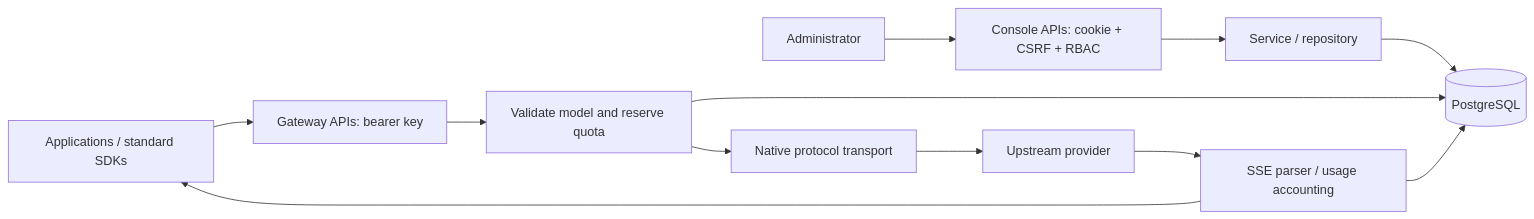
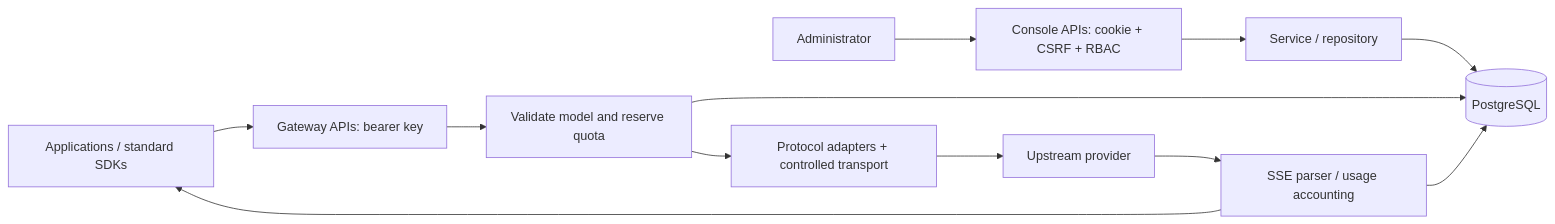
Before and after one commit to robeshell/coati: the diagram in docs/node-rewrite/architecture.md, drawn with Mermaid. The commit also changed other lines of this file and 333 other files, not shown here.

````diff
--- a/docs/node-rewrite/architecture.md
+++ b/docs/node-rewrite/architecture.md
@@ -9,14 +9,14 @@
 ```mermaid
 flowchart LR
   A[Administrator] --> B[Console APIs: cookie + CSRF + RBAC]
   B --> C[Service / repository]
   D[Applications / standard SDKs] --> E[Gateway APIs: bearer key]
   E --> F[Validate model and reserve quota]
-  F --> G[Native protocol transport]
+  F --> G[Protocol adapters + controlled transport]
   G --> H[Upstream provider]
   H --> I[SSE parser / usage accounting]
   I --> D
   C --> P[(PostgreSQL)]
   F --> P
   I --> P
 ```
````
